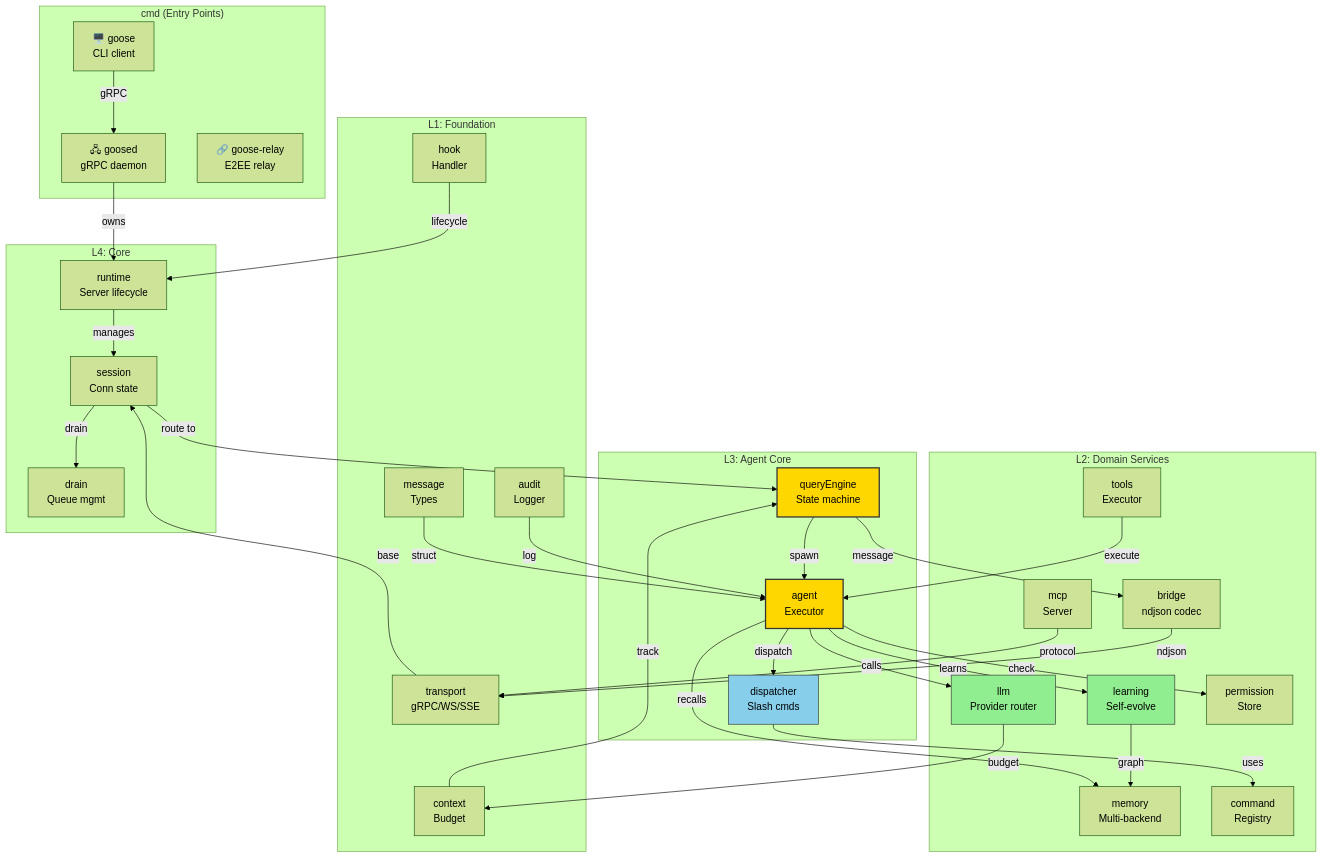
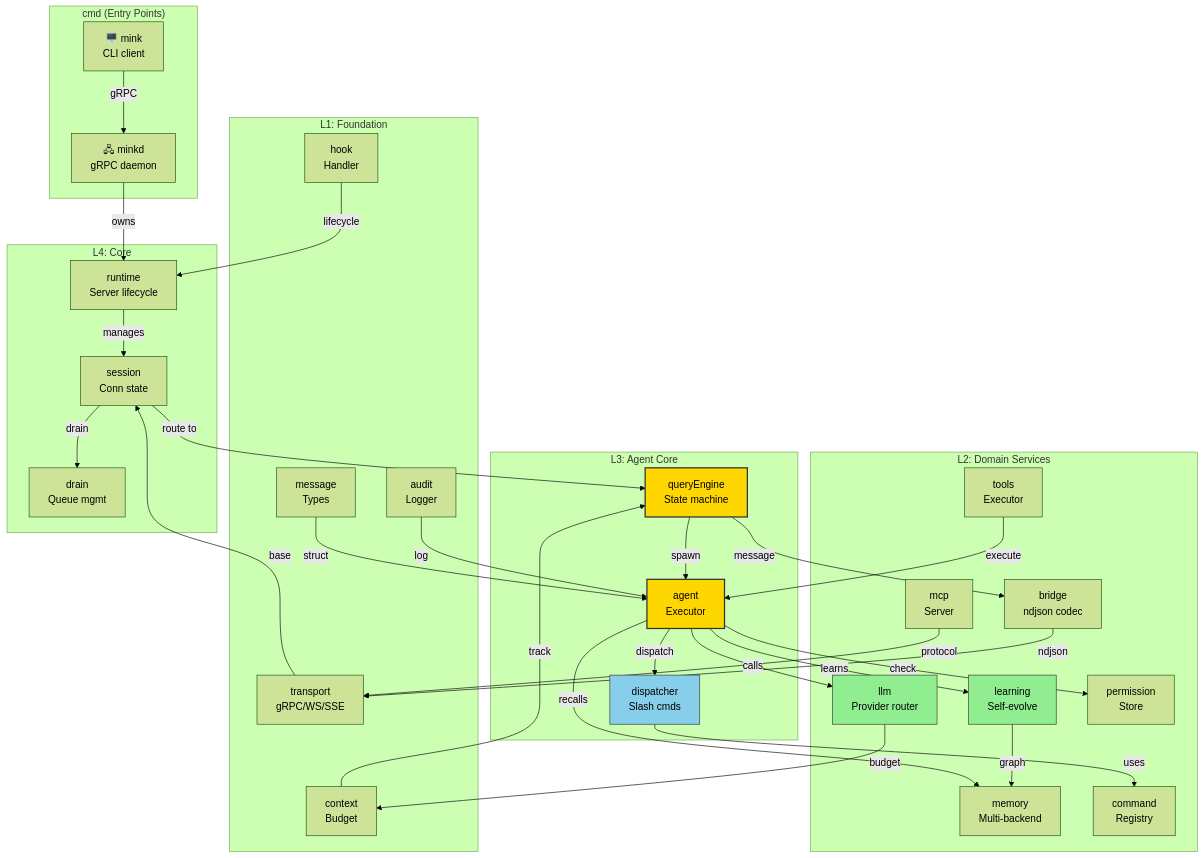
The first of 2 diagrams in .moai/project/codemaps/architecture.md (modu-ai/mink), drawn with Mermaid (forest theme) before and after one commit. The commit also changed other lines of this file and 9 other files, not shown here.

````diff
--- a/.moai/project/codemaps/architecture.md
+++ b/.moai/project/codemaps/architecture.md
@@ -59,74 +59,73 @@
 ```mermaid
 graph TB
     subgraph "cmd (Entry Points)"
-        CLI["🖥️ goose<br/>CLI client"]
-        DAEMON["🖧 goosed<br/>gRPC daemon"]
-        RELAY["🔗 goose-relay<br/>E2EE relay"]
+        CLI["🖥️ mink<br/>CLI client"]
+        DAEMON["🖧 minkd<br/>gRPC daemon"]
     end
     
     subgraph "L4: Core"
         RUNTIME["runtime<br/>Server lifecycle"]
         SESSION["session<br/>Conn state"]
         DRAIN["drain<br/>Queue mgmt"]
     end
     
     subgraph "L3: Agent Core"
         QUERY["queryEngine<br/>State machine"]
         AGENT["agent<br/>Executor"]
         DISPATCH["dispatcher<br/>Slash cmds"]
     end
     
     subgraph "L2: Domain Services"
         LEARN["learning<br/>Self-evolve"]
         LLM["llm<br/>Provider router"]
         MEM["memory<br/>Multi-backend"]
         CMD["command<br/>Registry"]
         BRIDGE["bridge<br/>ndjson codec"]
         TOOLS["tools<br/>Executor"]
         MCP["mcp<br/>Server"]
         PERM["permission<br/>Store"]
     end
     
     subgraph "L1: Foundation"
         TRANS["transport<br/>gRPC/WS/SSE"]
         CTX["context<br/>Budget"]
         MSG["message<br/>Types"]
         HOOK["hook<br/>Handler"]
         AUDIT["audit<br/>Logger"]
     end
     
     CLI -->|gRPC| DAEMON
     DAEMON -->|owns| RUNTIME
     RUNTIME -->|manages| SESSION
     SESSION -->|drain| DRAIN
     
     SESSION -->|route to| QUERY
     QUERY -->|spawn| AGENT
     AGENT -->|dispatch| DISPATCH
     
     AGENT -->|learns| LEARN
     AGENT -->|calls| LLM
     AGENT -->|recalls| MEM
     DISPATCH -->|uses| CMD
     
     QUERY -->|message| BRIDGE
     TOOLS -->|execute| AGENT
     AGENT -->|check| PERM
     
     MCP -->|protocol| TRANS
     BRIDGE -->|ndjson| TRANS
     LEARN -->|graph| MEM
     LLM -->|budget| CTX
     
     TRANS -->|base| SESSION
     CTX -->|track| QUERY
     MSG -->|struct| AGENT
     HOOK -->|lifecycle| RUNTIME
     AUDIT -->|log| AGENT
     
     style QUERY fill:#FFD700,stroke:#333,stroke-width:2px
     style AGENT fill:#FFD700,stroke:#333,stroke-width:2px
     style DISPATCH fill:#87CEEB,stroke:#333
     style LEARN fill:#90EE90,stroke:#333
     style LLM fill:#90EE90,stroke:#333
 ```
````
